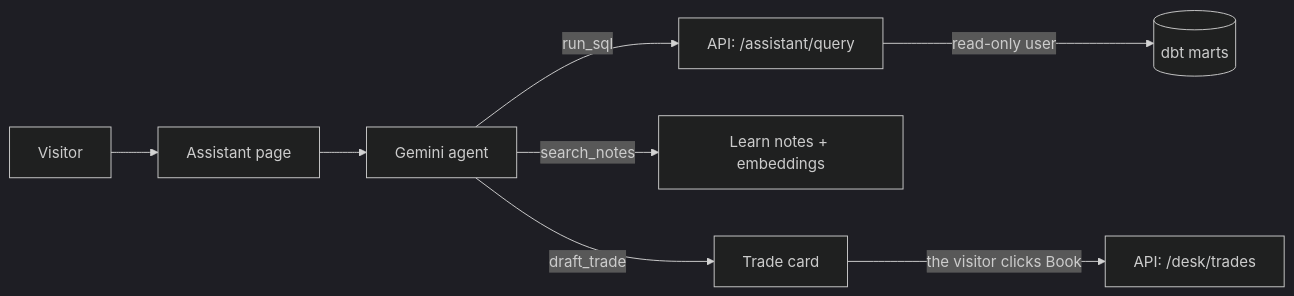
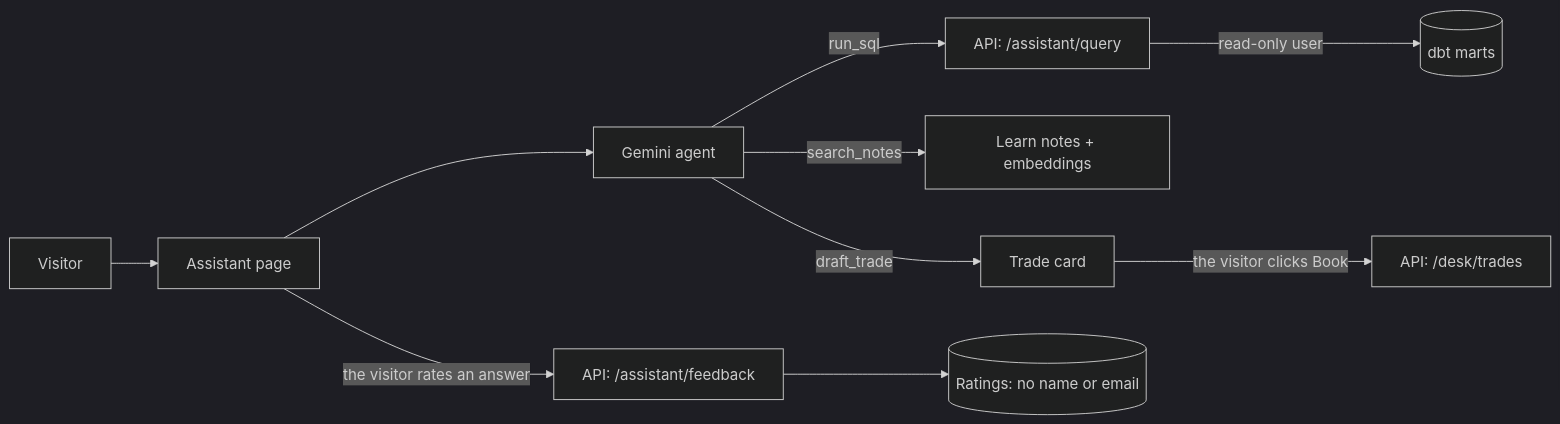
One commit to nour-hmadi/capital-markets-analytics changed the diagram in README.md. Above: the diagram before and after it, drawn with Mermaid (dark theme). The commit also changed other lines of this file and 8 other files, not shown here.

Commit message:
Assistant: visitors rate answers (no name or email); the eval times answers and skips Google outages

````diff
--- a/README.md
+++ b/README.md
@@ -92,8 +92,9 @@
 ```mermaid
 flowchart LR
     V[Visitor] --> P[Assistant page] --> G[Gemini agent]
     G -- run_sql --> Q[API: /assistant/query] -- read-only user --> M[(dbt marts)]
     G -- search_notes --> N[Learn notes + embeddings]
     G -- draft_trade --> C[Trade card]
     C -- the visitor clicks Book --> T[API: /desk/trades]
+    P -- the visitor rates an answer --> F[API: /assistant/feedback] --> R[(Ratings: no name or email)]
 ```
````
